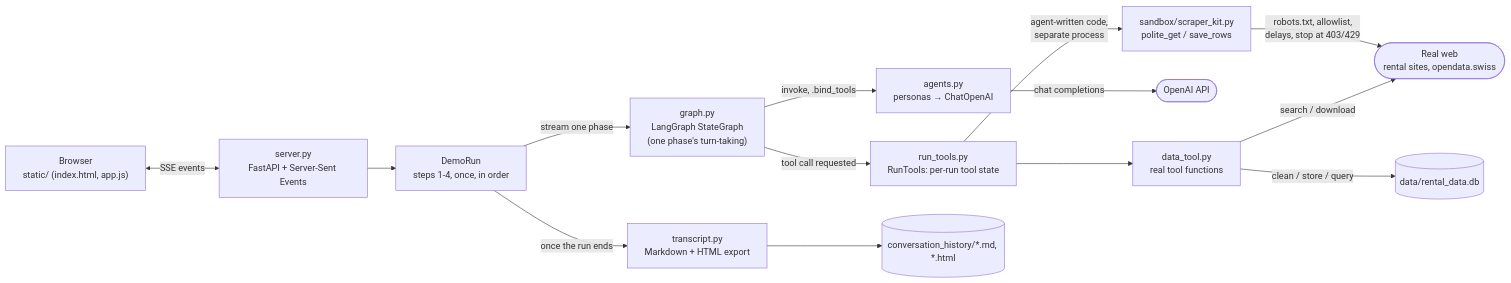
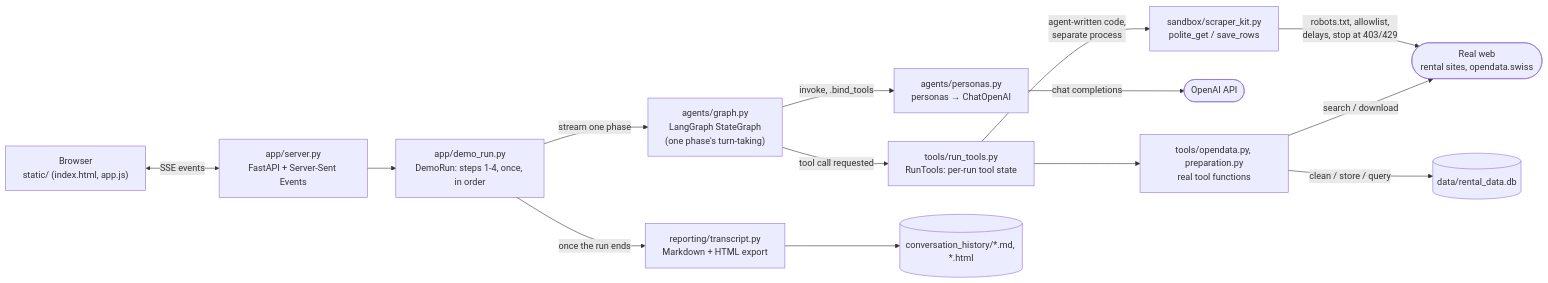
Before and after one commit to mario-gellrich-zhaw/data_analytics: the first of 2 diagrams in Agentic_Data_Analytics_Experiment_LangGraph/README.md, drawn with Mermaid. The commit also changed other lines of this file and 23 other files, not shown here.

````diff
--- a/Agentic_Data_Analytics_Experiment_LangGraph/README.md
+++ b/Agentic_Data_Analytics_Experiment_LangGraph/README.md
@@ -72,29 +94,29 @@
 ```mermaid
 flowchart LR
     Browser["Browser<br/>static/ (index.html, app.js)"]
-    Server["server.py<br/>FastAPI + Server-Sent Events"]
-    DemoRun["DemoRun<br/>steps 1-4, once, in order"]
-    Graph["graph.py<br/>LangGraph StateGraph<br/>(one phase's turn-taking)"]
-    Agents["agents.py<br/>personas &rarr; ChatOpenAI"]
-    Tools["run_tools.py<br/>RunTools: per-run tool state"]
-    DataTool["data_tool.py<br/>real tool functions"]
-    Transcript["transcript.py<br/>Markdown + HTML export"]
+    Server["app/server.py<br/>FastAPI + Server-Sent Events"]
+    DemoRun["app/demo_run.py<br/>DemoRun: steps 1-4, once, in order"]
+    Graph["agents/graph.py<br/>LangGraph StateGraph<br/>(one phase's turn-taking)"]
+    Agents["agents/personas.py<br/>personas &rarr; ChatOpenAI"]
+    Tools["tools/run_tools.py<br/>RunTools: per-run tool state"]
+    DataTool["tools/opendata.py, preparation.py<br/>real tool functions"]
+    Transcript["reporting/transcript.py<br/>Markdown + HTML export"]
     OpenAI(["OpenAI API"])
     RealWorld(["Real web<br/>rental sites, opendata.swiss"])
     SQLite[("data/rental_data.db")]
     History[("conversation_history/*.md, *.html")]
 
     Browser <-->|SSE events| Server
     Server --> DemoRun
     DemoRun -->|stream one phase| Graph
     Graph -->|invoke, .bind_tools| Agents
     Agents -->|chat completions| OpenAI
     Graph -->|tool call requested| Tools
     Tools --> DataTool
     Tools -->|agent-written code,<br/>separate process| ScraperKit["sandbox/scraper_kit.py<br/>polite_get / save_rows"]
     ScraperKit -->|robots.txt, allowlist,<br/>delays, stop at 403/429| RealWorld
     DataTool -->|search / download| RealWorld
     DataTool -->|clean / store / query| SQLite
     DemoRun -->|once the run ends| Transcript
     Transcript --> History
 ```
````
